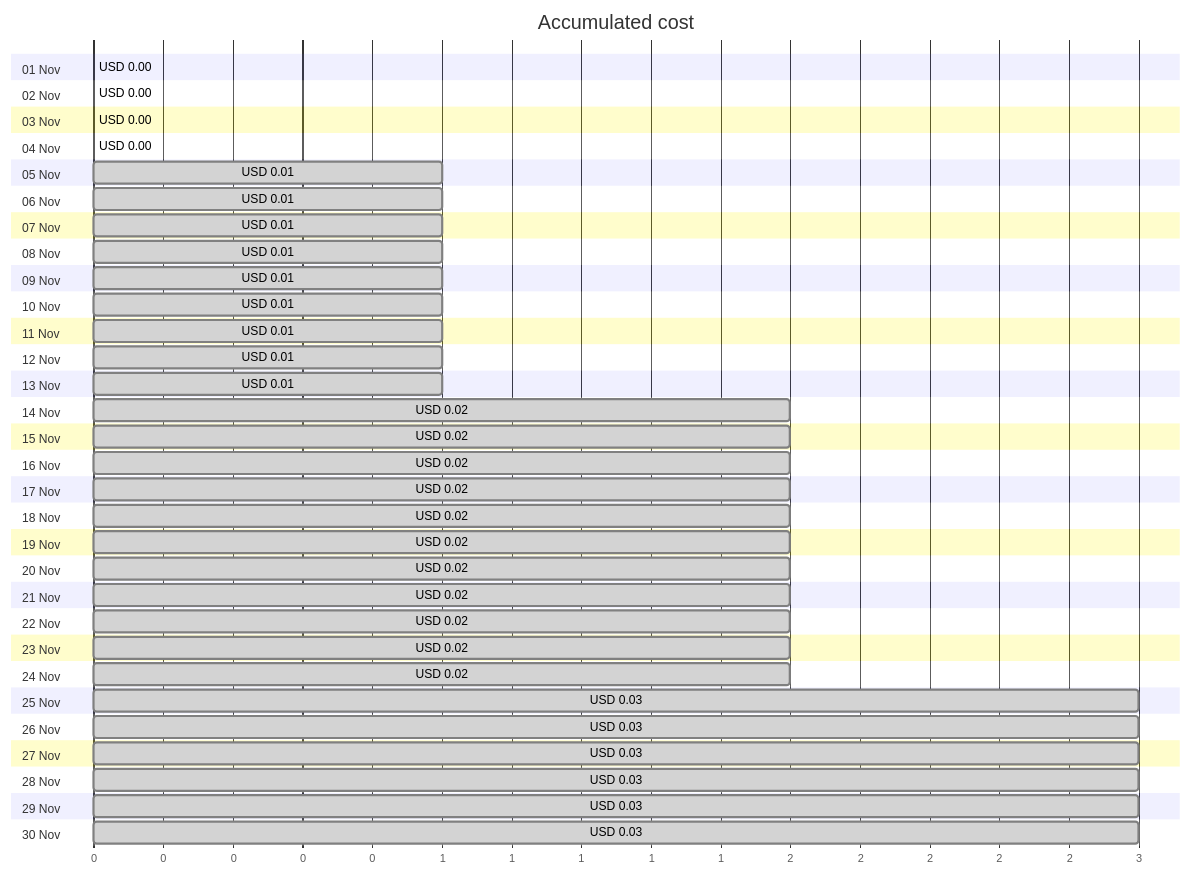
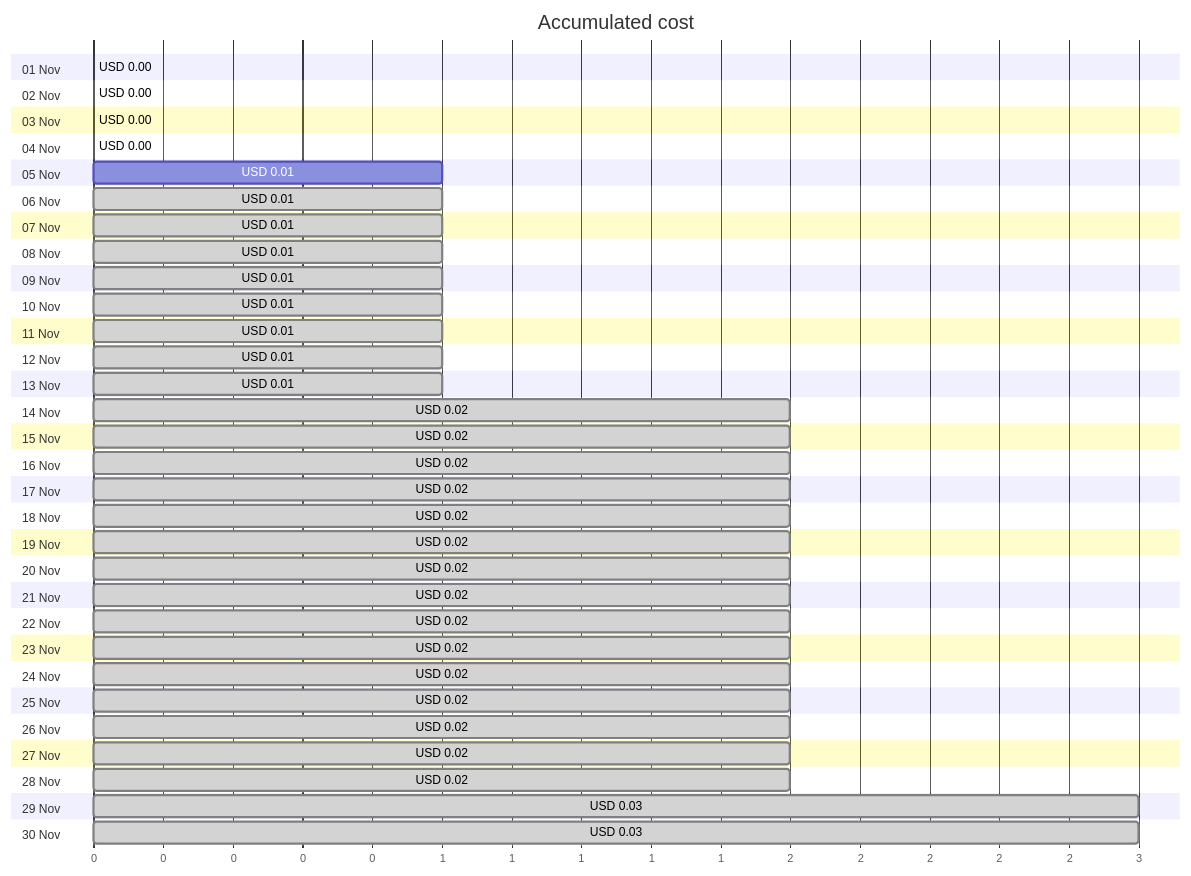
One commit to jpfulton/azure-personal-reports changed the first of 4 diagrams in cost-reports/personal-site/personalsiteapistorage.md. Above: the diagram before and after it, drawn with Mermaid. The commit also changed other lines of this file and 6 other files, not shown here.

````diff
--- a/cost-reports/personal-site/personalsiteapistorage.md
+++ b/cost-reports/personal-site/personalsiteapistorage.md
@@ -20,66 +20,66 @@
 ```mermaid
 gantt
    title Accumulated cost
    dateFormat  X
    axisFormat %s
    section 01 Nov
    USD 0.00 :0, 0
    section 02 Nov
    USD 0.00 :0, 0
    section 03 Nov
    USD 0.00 :0, 0
    section 04 Nov
    USD 0.00 :0, 0
    section 05 Nov
-   USD 0.01 : done, 0, 1
+   USD 0.01 :0, 1
    section 06 Nov
    USD 0.01 : done, 0, 1
    section 07 Nov
    USD 0.01 : done, 0, 1
    section 08 Nov
    USD 0.01 : done, 0, 1
    section 09 Nov
    USD 0.01 : done, 0, 1
    section 10 Nov
    USD 0.01 : done, 0, 1
    section 11 Nov
    USD 0.01 : done, 0, 1
    section 12 Nov
    USD 0.01 : done, 0, 1
    section 13 Nov
    USD 0.01 : done, 0, 1
    section 14 Nov
    USD 0.02 : done, 0, 2
    section 15 Nov
    USD 0.02 : done, 0, 2
    section 16 Nov
    USD 0.02 : done, 0, 2
    section 17 Nov
    USD 0.02 : done, 0, 2
    section 18 Nov
    USD 0.02 : done, 0, 2
    section 19 Nov
    USD 0.02 : done, 0, 2
    section 20 Nov
    USD 0.02 : done, 0, 2
    section 21 Nov
    USD 0.02 : done, 0, 2
    section 22 Nov
    USD 0.02 : done, 0, 2
    section 23 Nov
    USD 0.02 : done, 0, 2
    section 24 Nov
    USD 0.02 : done, 0, 2
    section 25 Nov
-   USD 0.03 : done, 0, 3
+   USD 0.02 : done, 0, 2
    section 26 Nov
-   USD 0.03 : done, 0, 3
+   USD 0.02 : done, 0, 2
    section 27 Nov
-   USD 0.03 : done, 0, 3
+   USD 0.02 : done, 0, 2
    section 28 Nov
-   USD 0.03 : done, 0, 3
+   USD 0.02 : done, 0, 2
    section 29 Nov
    USD 0.03 : done, 0, 3
    section 30 Nov
    USD 0.03 : done, 0, 3
 ```
````
